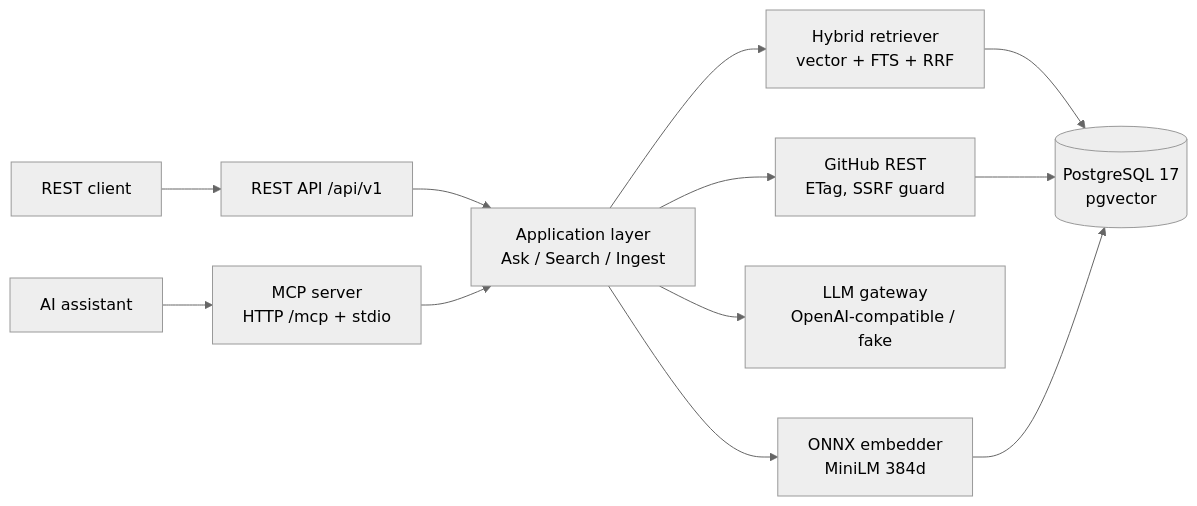
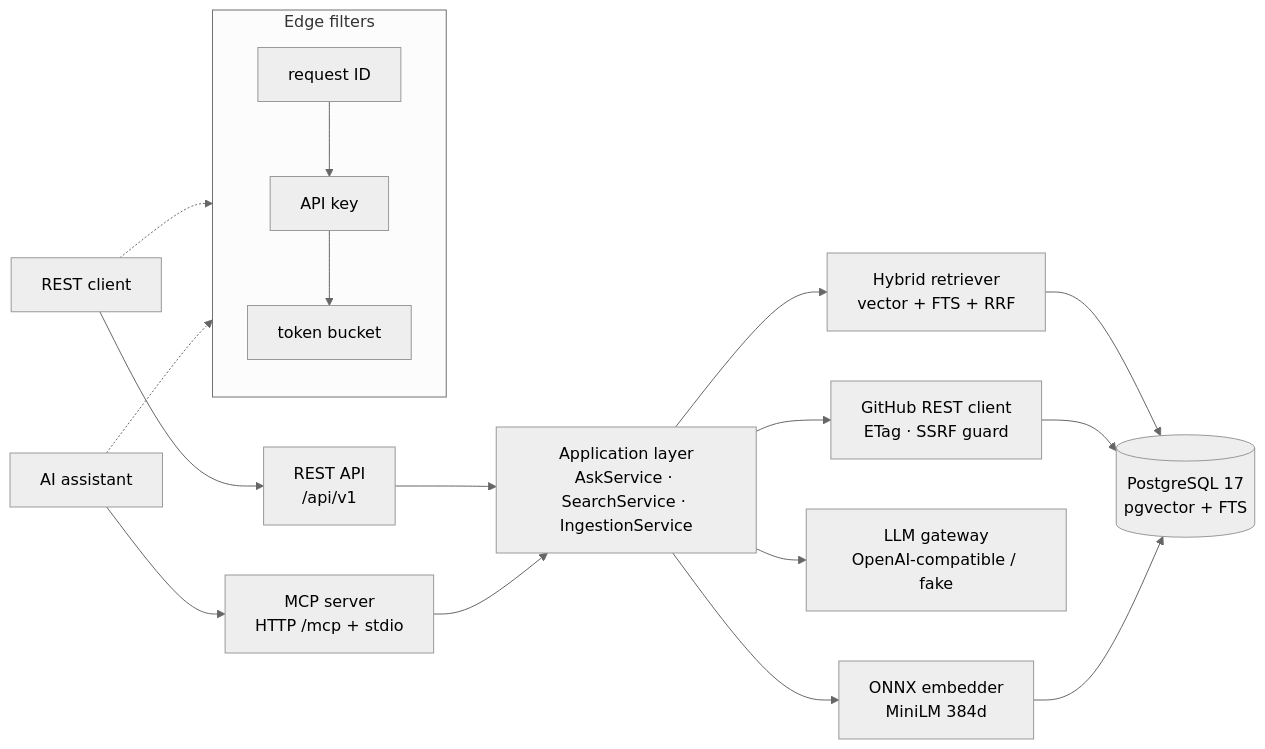
One commit to vishweshpenkar06/RepoLens changed the diagram in README.md. Above: the diagram before and after it, drawn with Mermaid (neutral theme). The commit also changed other lines of this file and 6 other files, not shown here.

````diff
--- a/README.md
+++ b/README.md
@@ -58,14 +69,19 @@
 ```mermaid
 flowchart LR
-  client[REST client] --> api[REST API /api/v1]
-  llm[AI assistant] --> mcp[MCP server<br/>HTTP /mcp + stdio]
-  api --> app[Application layer<br/>Ask / Search / Ingest]
+  client[REST client] --> api["REST API<br/>/api/v1"]
+  assistant[AI assistant] --> mcp["MCP server<br/>HTTP /mcp + stdio"]
+  api --> app["Application layer<br/>AskService · SearchService · IngestionService"]
   mcp --> app
-  app --> gh[GitHub REST<br/>ETag, SSRF guard]
-  app --> ret[Hybrid retriever<br/>vector + FTS + RRF]
-  app --> llm2[LLM gateway<br/>OpenAI-compatible / fake]
-  app --> emb[ONNX embedder<br/>MiniLM 384d]
-  ret --> db[(PostgreSQL 17<br/>pgvector)]
+  app --> gh["GitHub REST client<br/>ETag · SSRF guard"]
+  app --> ret["Hybrid retriever<br/>vector + FTS + RRF"]
+  app --> llm["LLM gateway<br/>OpenAI-compatible / fake"]
+  app --> emb["ONNX embedder<br/>MiniLM 384d"]
+  ret --> db[("PostgreSQL 17<br/>pgvector + FTS")]
   gh --> db
   emb --> db
+  subgraph edge ["Edge filters"]
+    req["request ID"] --> key["API key"] --> rate["token bucket"]
+  end
+  client -.-> edge
+  assistant -.-> edge
 ```
````
